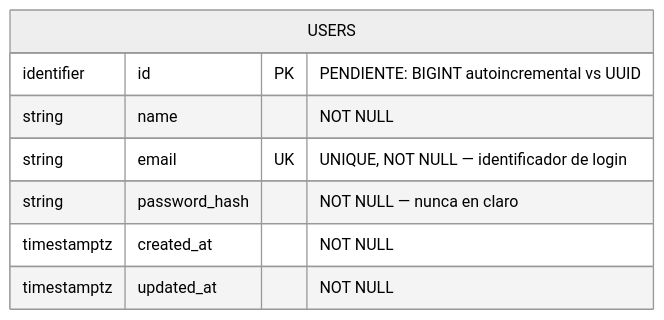
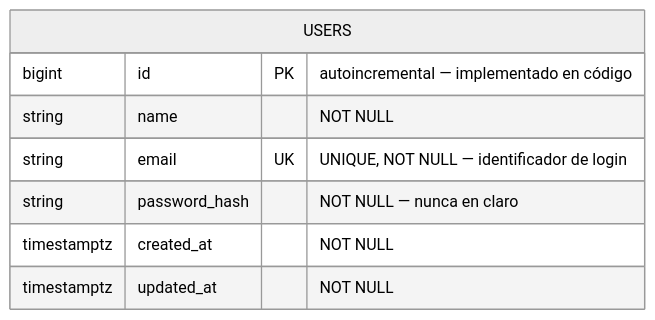
The diagram in docs/architecture/DATABASE_ERD.md (Fernandito41/THERS_REDSOCIAL), drawn with Mermaid (neutral theme) before and after one commit. The commit also changed other lines of this file and 15 other files, not shown here.

````diff
--- a/docs/architecture/DATABASE_ERD.md
+++ b/docs/architecture/DATABASE_ERD.md
@@ -38,11 +38,11 @@
 ```mermaid
 erDiagram
     USERS {
-        identifier id PK "PENDIENTE: BIGINT autoincremental vs UUID"
+        bigint id PK "autoincremental — implementado en código"
         string name "NOT NULL"
         string email UK "UNIQUE, NOT NULL — identificador de login"
         string password_hash "NOT NULL — nunca en claro"
         timestamptz created_at "NOT NULL"
         timestamptz updated_at "NOT NULL"
     }
 ```
````
